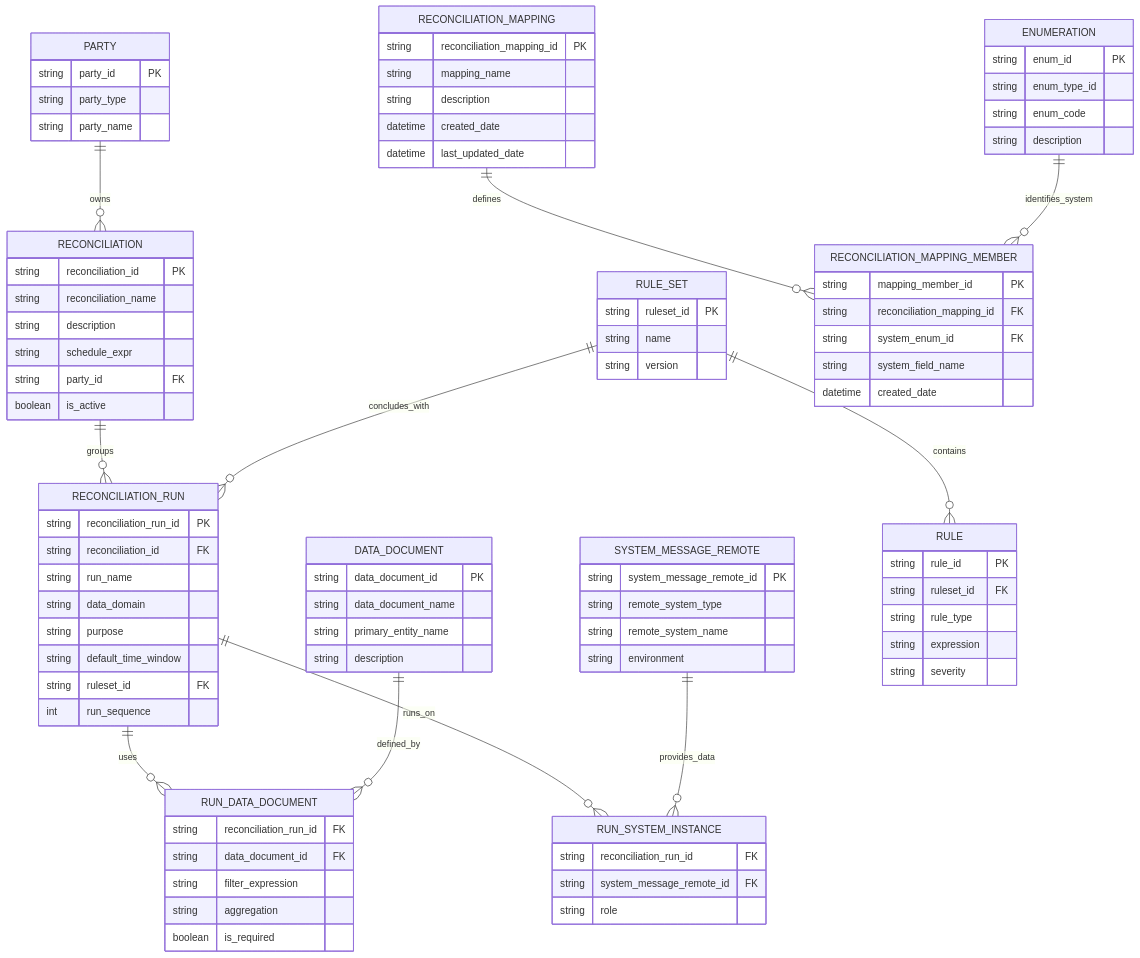
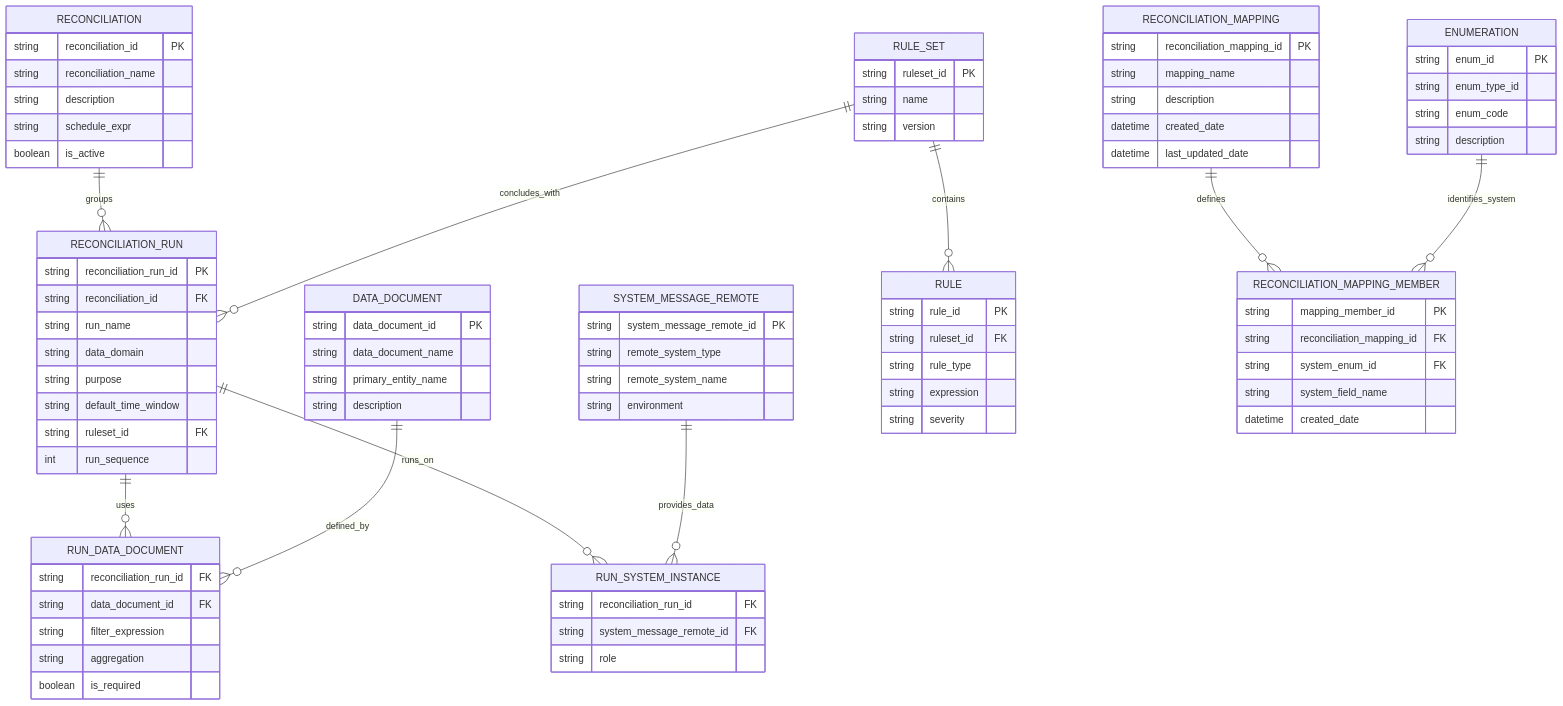
One commit to drpn-ai/darpan changed the diagram in docs/reconciliation/data-model/entity-model.md. Above: the diagram before and after it, drawn with Mermaid. The commit also changed other lines of this file and 85 other files, not shown here.

```diff
--- a/docs/reconciliation/data-model/entity-model.md
+++ b/docs/reconciliation/data-model/entity-model.md
@@ -19,7 +19,6 @@
 erDiagram
 
     RECONCILIATION ||--o{ RECONCILIATION_RUN : groups
-    PARTY ||--o{ RECONCILIATION : owns
 
     RECONCILIATION_RUN ||--o{ RUN_DATA_DOCUMENT : uses
     DATA_DOCUMENT ||--o{ RUN_DATA_DOCUMENT : defined_by
@@ -39,7 +38,6 @@
         string reconciliation_name
         string description
         string schedule_expr
-        string party_id FK
         boolean is_active
     }
 
@@ -52,12 +50,6 @@
         string default_time_window
         string ruleset_id FK
         int run_sequence
-    }
-
-    PARTY {
-        string party_id PK
-        string party_type
-        string party_name
     }
 
     DATA_DOCUMENT {
```
